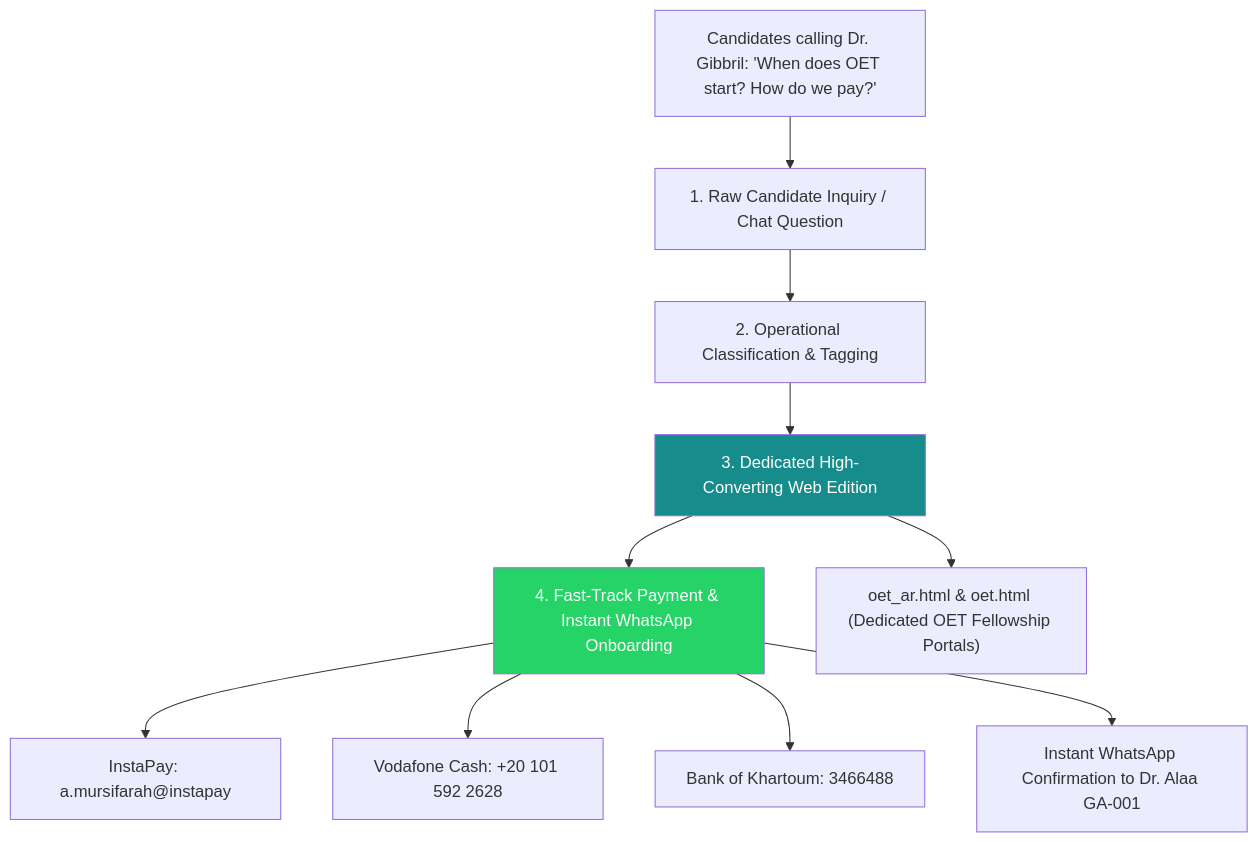
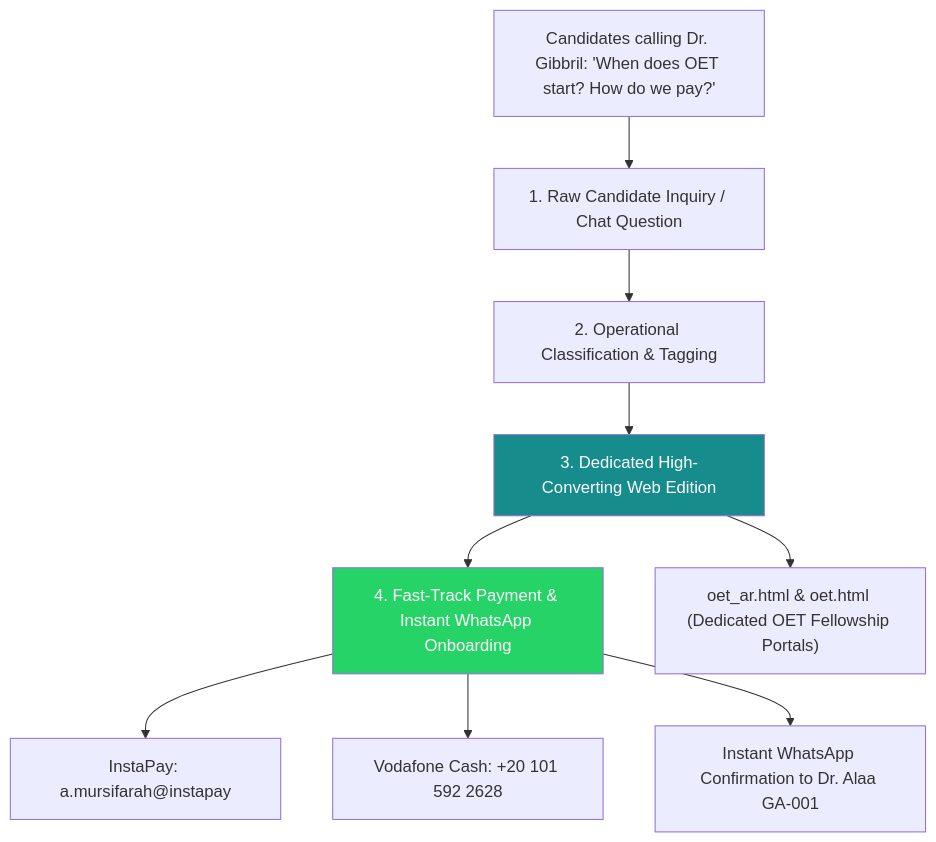
Before and after one commit to geneacademy-dotnet/GemIInI_Sovereign_Platform: the first of 2 diagrams in OPS_CHAT_ANALYZER.md, drawn with Mermaid. The commit also changed other lines of this file and 15 other files, not shown here.

````diff
--- a/OPS_CHAT_ANALYZER.md
+++ b/OPS_CHAT_ANALYZER.md
@@ -14,18 +14,17 @@
 ```mermaid
 graph TD
     A[1. Raw Candidate Inquiry / Chat Question] --> B[2. Operational Classification & Tagging]
     B --> C[3. Dedicated High-Converting Web Edition]
     C --> D[4. Fast-Track Payment & Instant WhatsApp Onboarding]
 
     A1["Candidates calling Dr. Gibbril: 'When does OET start? How do we pay?'"] --> A
     
     C --> C1["oet_ar.html & oet.html (Dedicated OET Fellowship Portals)"]
     
     D --> D1["InstaPay: a.mursifarah@instapay"]
     D --> D2["Vodafone Cash: +20 101 592 2628"]
-    D --> D3["Bank of Khartoum: 3466488"]
     D --> D4["Instant WhatsApp Confirmation to Dr. Alaa GA-001"]
 
     style C fill:#168C8C,color:#fff
     style D fill:#25D366,color:#fff
 ```
````
